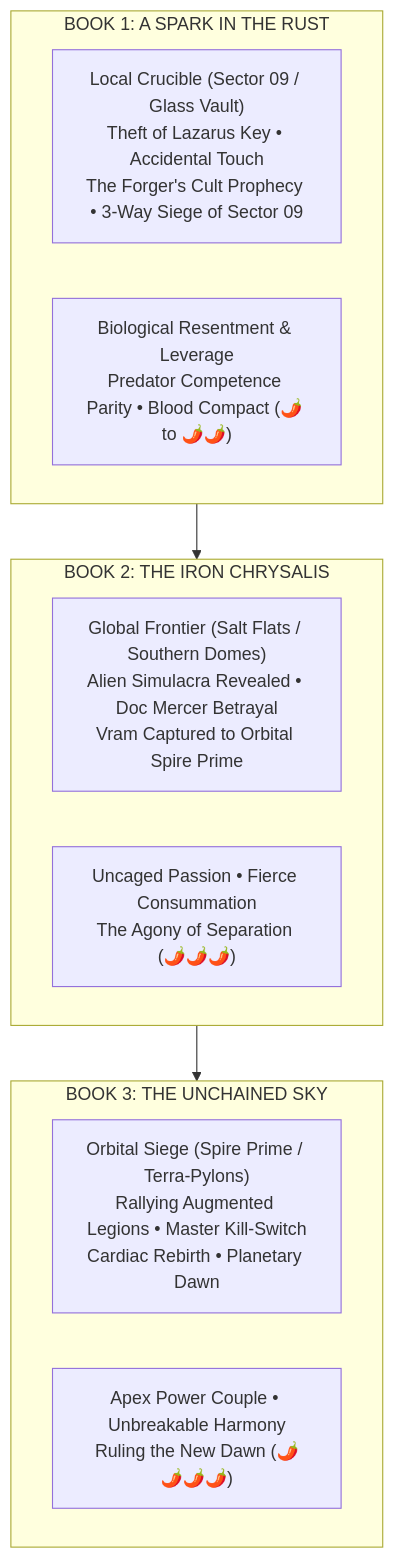
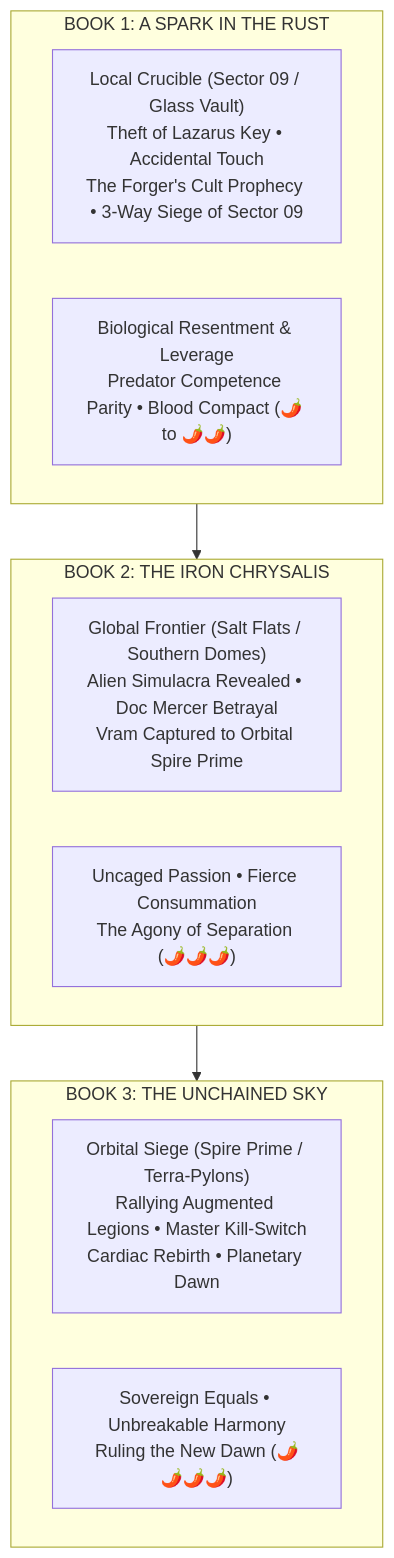
One commit to ajuandiego/arkun changed the diagram in 05_plot/trilogy_overview.md. Above: the diagram before and after it, drawn with Mermaid. The commit also changed other lines of this file and 28 other files, not shown here.

````diff
--- a/05_plot/trilogy_overview.md
+++ b/05_plot/trilogy_overview.md
@@ -17,19 +17,19 @@
 ```mermaid
 graph TD
     subgraph B1 ["BOOK 1: A SPARK IN THE RUST"]
         B1_Plot["Local Crucible (Sector 09 / Glass Vault)<br/>Theft of Lazarus Key • Accidental Touch<br/>The Forger's Cult Prophecy • 3-Way Siege of Sector 09"]
         B1_Romance["Biological Resentment & Leverage<br/>Predator Competence Parity • Blood Compact (🌶️ to 🌶️🌶️)"]
     end
 
     subgraph B2 ["BOOK 2: THE IRON CHRYSALIS"]
         B2_Plot["Global Frontier (Salt Flats / Southern Domes)<br/>Alien Simulacra Revealed • Doc Mercer Betrayal<br/>Vram Captured to Orbital Spire Prime"]
         B2_Romance["Uncaged Passion • Fierce Consummation<br/>The Agony of Separation (🌶️🌶️🌶️)"]
     end
 
     subgraph B3 ["BOOK 3: THE UNCHAINED SKY"]
         B3_Plot["Orbital Siege (Spire Prime / Terra-Pylons)<br/>Rallying Augmented Legions • Master Kill-Switch<br/>Cardiac Rebirth • Planetary Dawn"]
-        B3_Romance["Apex Power Couple • Unbreakable Harmony<br/>Ruling the New Dawn (🌶️🌶️🌶️🌶️)"]
+        B3_Romance["Sovereign Equals • Unbreakable Harmony<br/>Ruling the New Dawn (🌶️🌶️🌶️🌶️)"]
     end
 
     B1 --> B2 --> B3
 ```
````
